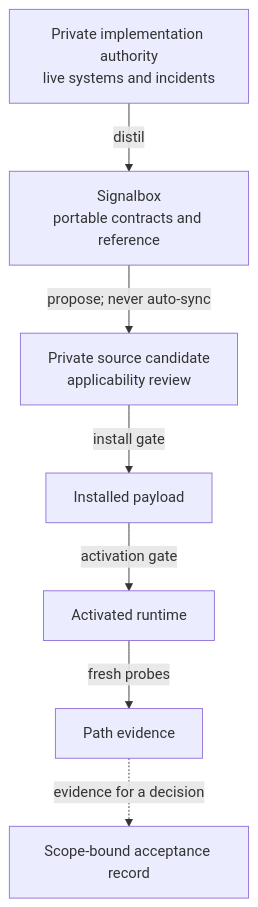
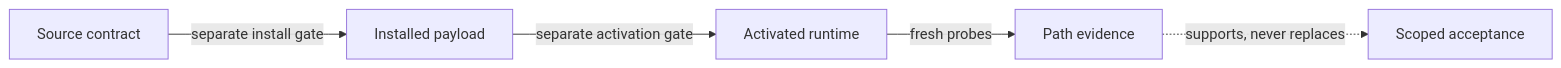
The diagram in README.md (IndelibleVivi/signalbox-routing), drawn with Mermaid before and after one commit. The commit also changed other lines of this file and 30 other files, not shown here.

````diff
--- a/README.md
+++ b/README.md
@@ -28,17 +79,7 @@
 ```mermaid
-flowchart TD
-  LIVE[Private implementation authority<br/>live systems and incidents]
-  SB[Signalbox<br/>portable contracts and reference]
-  CAND[Private source candidate<br/>applicability review]
-  INST[Installed payload]
-  RUN[Activated runtime]
-  PATH[Path evidence]
-  ACCEPT[Scope-bound acceptance record]
-
-  LIVE -->|distil| SB
-  SB -->|propose; never auto-sync| CAND
-  CAND -->|install gate| INST
-  INST -->|activation gate| RUN
-  RUN -->|fresh probes| PATH
-  PATH -.->|evidence for a decision| ACCEPT
+flowchart LR
+  SOURCE[Source contract] -->|separate install gate| INSTALLED[Installed payload]
+  INSTALLED -->|separate activation gate| ACTIVE[Activated runtime]
+  ACTIVE -->|fresh probes| PATH[Path evidence]
+  PATH -.->|supports, never replaces| ACCEPT[Scoped acceptance]
 ```
````
